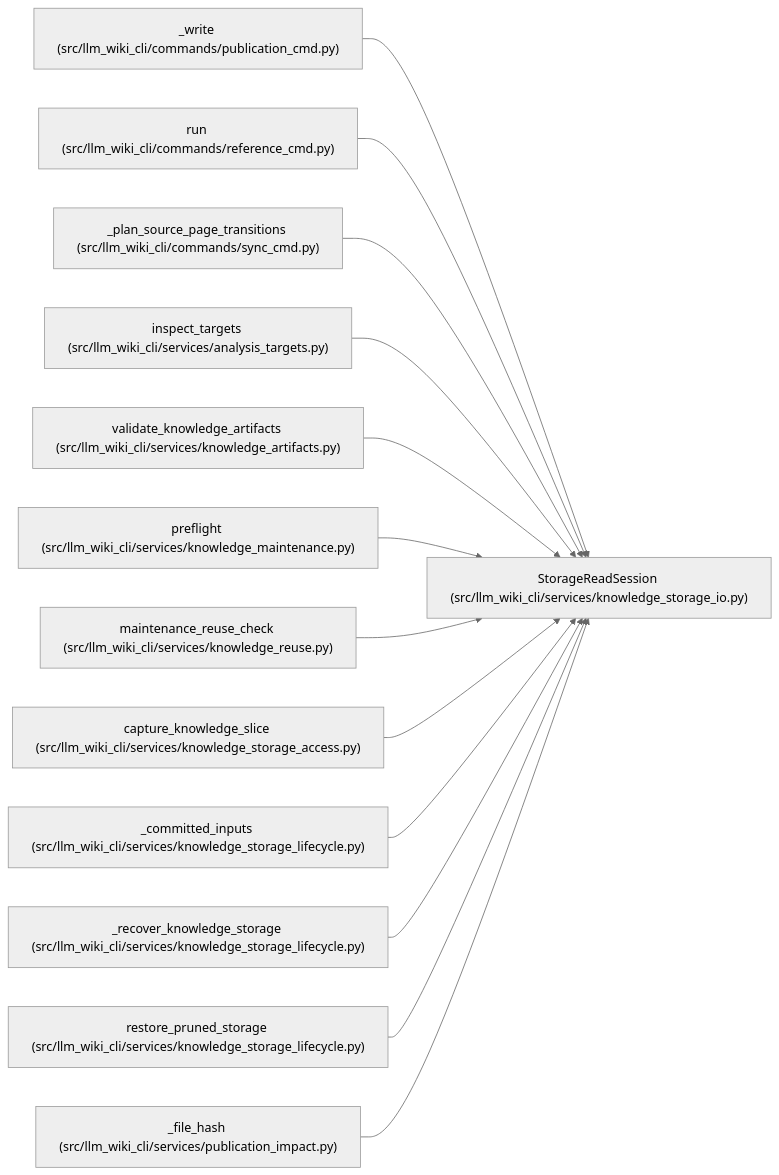
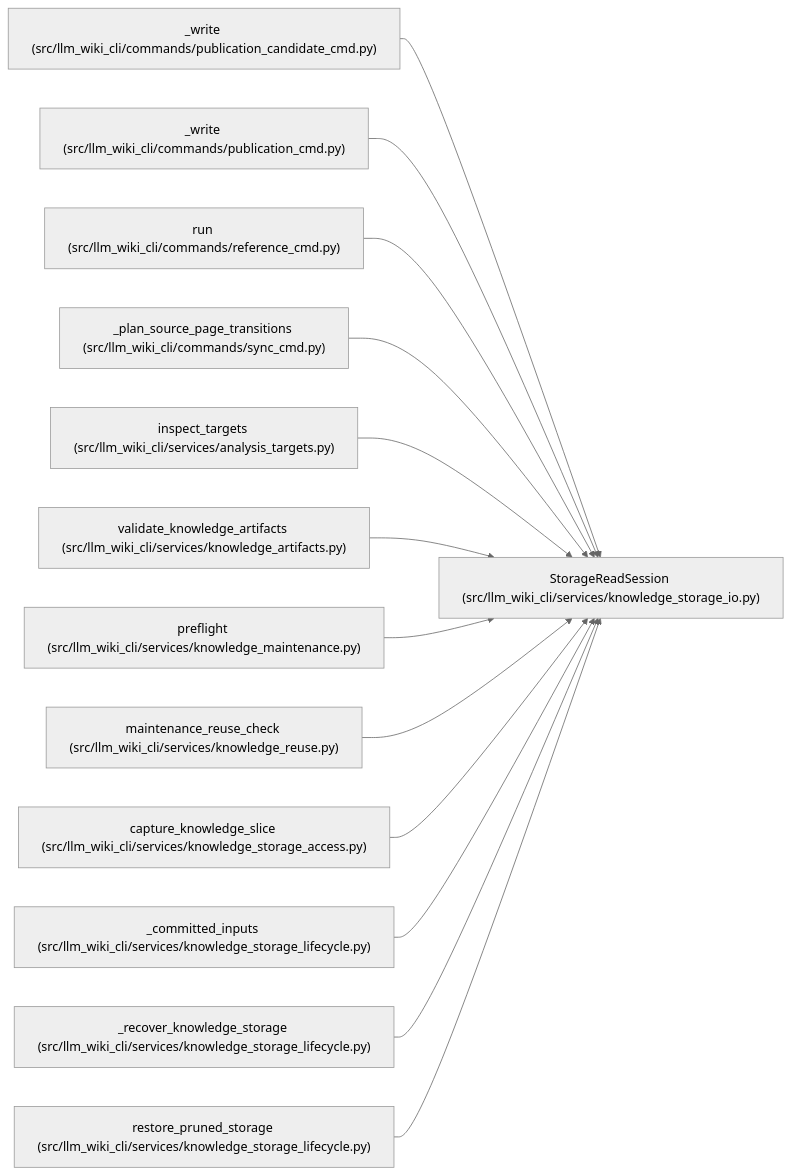
The diagram in docs/llm_wiki/entities/StorageReadSession.md (Denissvgn/python-wiki-llm), drawn with Mermaid (neutral theme) before and after one commit. The commit also changed other lines of this file and 318 other files, not shown here.

````diff
--- a/docs/llm_wiki/entities/StorageReadSession.md
+++ b/docs/llm_wiki/entities/StorageReadSession.md
@@ -34,41 +34,41 @@
 ```mermaid
 flowchart LR
     n0["StorageReadSession (src/llm_wiki_cli/services/knowledge_storage_io.py)"]
-    n1["_write (src/llm_wiki_cli/commands/publication_cmd.py)"]
-    n2["run (src/llm_wiki_cli/commands/reference_cmd.py)"]
-    n3["_plan_source_page_transitions (src/llm_wiki_cli/commands/sync_cmd.py)"]
-    n4["inspect_targets (src/llm_wiki_cli/services/analysis_targets.py)"]
-    n5["validate_knowledge_artifacts (src/llm_wiki_cli/services/knowledge_artifacts.py)"]
-    n6["preflight (src/llm_wiki_cli/services/knowledge_maintenance.py)"]
-    n7["maintenance_reuse_check (src/llm_wiki_cli/services/knowledge_reuse.py)"]
-    n8["capture_knowledge_slice (src/llm_wiki_cli/services/knowledge_storage_access.py)"]
-    n9["_committed_inputs (src/llm_wiki_cli/services/knowledge_storage_lifecycle.py)"]
-    n10["_recover_knowledge_storage (src/llm_wiki_cli/services/knowledge_storage_lifecycle.py)"]
-    n11["restore_pruned_storage (src/llm_wiki_cli/services/knowledge_storage_lifecycle.py)"]
-    n12["_file_hash (src/llm_wiki_cli/services/publication_impact.py)"]
+    n1["_write (src/llm_wiki_cli/commands/publication_candidate_cmd.py)"]
+    n2["_write (src/llm_wiki_cli/commands/publication_cmd.py)"]
+    n3["run (src/llm_wiki_cli/commands/reference_cmd.py)"]
+    n4["_plan_source_page_transitions (src/llm_wiki_cli/commands/sync_cmd.py)"]
+    n5["inspect_targets (src/llm_wiki_cli/services/analysis_targets.py)"]
+    n6["validate_knowledge_artifacts (src/llm_wiki_cli/services/knowledge_artifacts.py)"]
+    n7["preflight (src/llm_wiki_cli/services/knowledge_maintenance.py)"]
+    n8["maintenance_reuse_check (src/llm_wiki_cli/services/knowledge_reuse.py)"]
+    n9["capture_knowledge_slice (src/llm_wiki_cli/services/knowledge_storage_access.py)"]
+    n10["_committed_inputs (src/llm_wiki_cli/services/knowledge_storage_lifecycle.py)"]
+    n11["_recover_knowledge_storage (src/llm_wiki_cli/services/knowledge_storage_lifecycle.py)"]
+    n12["restore_pruned_storage (src/llm_wiki_cli/services/knowledge_storage_lifecycle.py)"]
     n1 --> n0
     n2 --> n0
     n3 --> n0
     n4 --> n0
     n5 --> n0
     n6 --> n0
     n7 --> n0
     n8 --> n0
     n9 --> n0
     n10 --> n0
     n11 --> n0
     n12 --> n0
     click n0 "../modules/knowledge_storage_io.md"
-    click n1 "../modules/publication_cmd.md"
-    click n2 "../modules/reference_cmd.md"
-    click n3 "../modules/sync_cmd.md"
-    click n4 "../modules/analysis_targets.md"
-    click n5 "../modules/knowledge_artifacts.md"
-    click n6 "../modules/knowledge_maintenance.md"
-    click n7 "../modules/knowledge_reuse.md"
-    click n8 "../modules/knowledge_storage_access.md"
-    click n9 "../modules/knowledge_storage_lifecycle.md"
+    click n1 "../modules/publication_candidate_cmd.md"
+    click n2 "../modules/publication_cmd.md"
+    click n3 "../modules/reference_cmd.md"
+    click n4 "../modules/sync_cmd.md"
+    click n5 "../modules/analysis_targets.md"
+    click n6 "../modules/knowledge_artifacts.md"
+    click n7 "../modules/knowledge_maintenance.md"
+    click n8 "../modules/knowledge_reuse.md"
+    click n9 "../modules/knowledge_storage_access.md"
     click n10 "../modules/knowledge_storage_lifecycle.md"
     click n11 "../modules/knowledge_storage_lifecycle.md"
-    click n12 "../modules/publication_impact.md"
+    click n12 "../modules/knowledge_storage_lifecycle.md"
 ```
````
